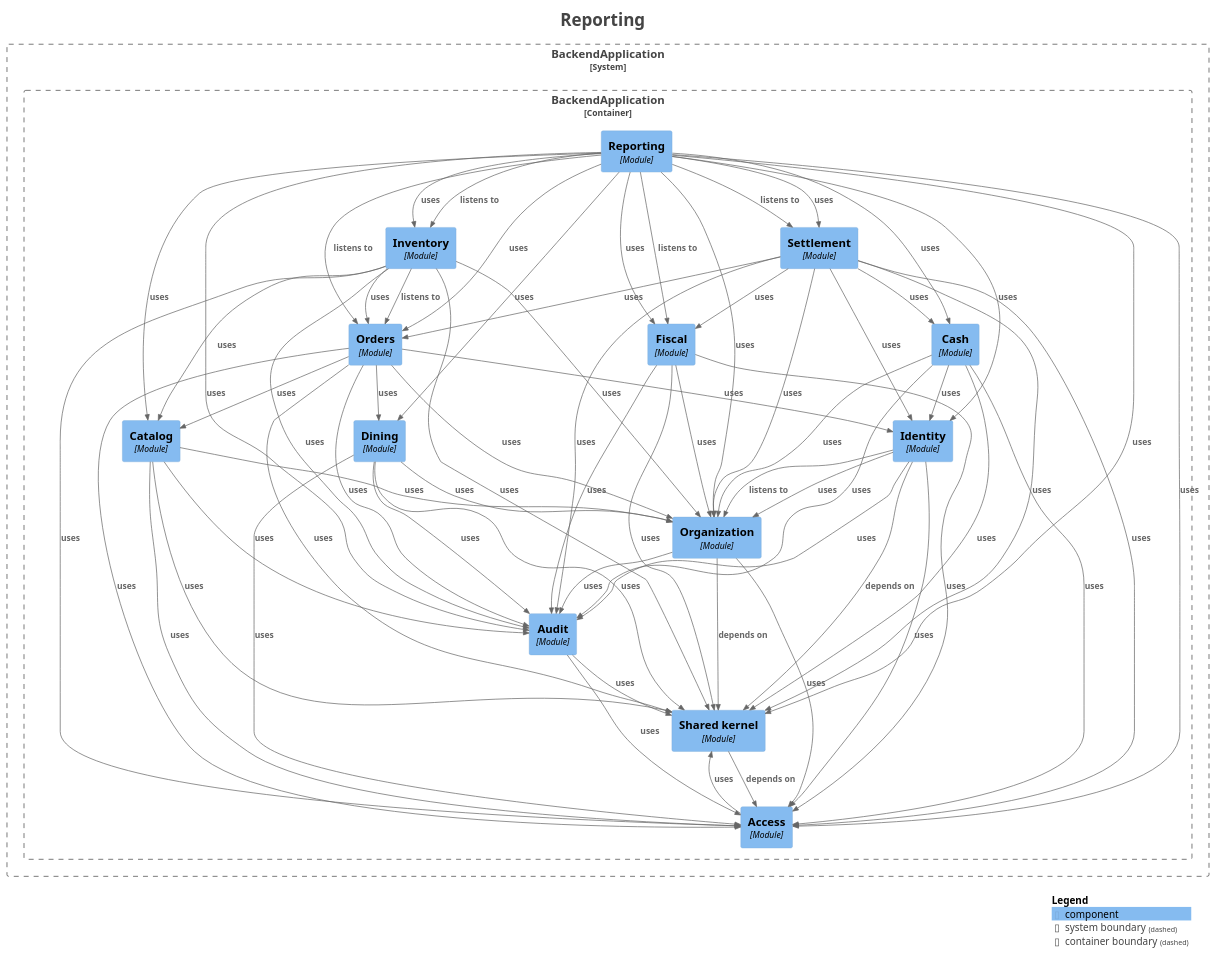
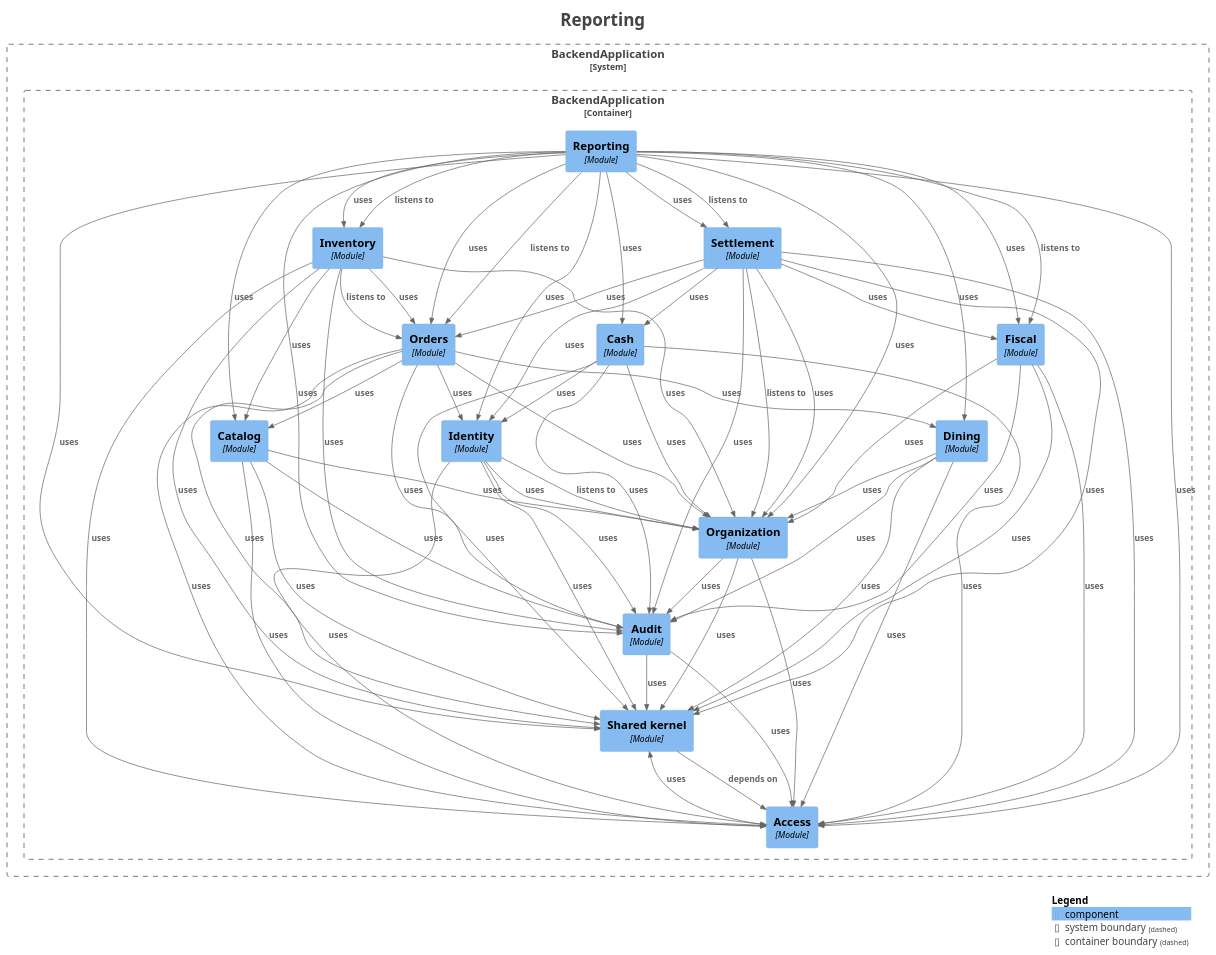
One commit to fxavier/restaurantePRO changed the diagram in docs/architecture/modules/module-reporting.puml. Above: the diagram before and after it, drawn with PlantUML. The commit also changed 34 other files, not shown here.

```diff
--- a/docs/architecture/modules/module-reporting.puml
+++ b/docs/architecture/modules/module-reporting.puml
@@ -34,15 +34,17 @@
 
 }
 
-Rel(BackendApplication.BackendApplication.Cash, BackendApplication.BackendApplication.Identity, "uses", $techn="", $tags="", $link="")
-Rel(BackendApplication.BackendApplication.Cash, BackendApplication.BackendApplication.Sharedkernel, "uses", $techn="", $tags="", $link="")
-Rel(BackendApplication.BackendApplication.Inventory, BackendApplication.BackendApplication.Orders, "listens to", $techn="", $tags="", $link="")
-Rel(BackendApplication.BackendApplication.Inventory, BackendApplication.BackendApplication.Organization, "uses", $techn="", $tags="", $link="")
-Rel(BackendApplication.BackendApplication.Inventory, BackendApplication.BackendApplication.Access, "uses", $techn="", $tags="", $link="")
-Rel(BackendApplication.BackendApplication.Inventory, BackendApplication.BackendApplication.Orders, "uses", $techn="", $tags="", $link="")
-Rel(BackendApplication.BackendApplication.Inventory, BackendApplication.BackendApplication.Audit, "uses", $techn="", $tags="", $link="")
-Rel(BackendApplication.BackendApplication.Inventory, BackendApplication.BackendApplication.Catalog, "uses", $techn="", $tags="", $link="")
-Rel(BackendApplication.BackendApplication.Inventory, BackendApplication.BackendApplication.Sharedkernel, "uses", $techn="", $tags="", $link="")
+Rel(BackendApplication.BackendApplication.Reporting, BackendApplication.BackendApplication.Fiscal, "uses", $techn="", $tags="", $link="")
+Rel(BackendApplication.BackendApplication.Reporting, BackendApplication.BackendApplication.Dining, "uses", $techn="", $tags="", $link="")
+Rel(BackendApplication.BackendApplication.Reporting, BackendApplication.BackendApplication.Settlement, "uses", $techn="", $tags="", $link="")
+Rel(BackendApplication.BackendApplication.Reporting, BackendApplication.BackendApplication.Audit, "uses", $techn="", $tags="", $link="")
+Rel(BackendApplication.BackendApplication.Audit, BackendApplication.BackendApplication.Access, "uses", $techn="", $tags="", $link="")
+Rel(BackendApplication.BackendApplication.Audit, BackendApplication.BackendApplication.Sharedkernel, "uses", $techn="", $tags="", $link="")
+Rel(BackendApplication.BackendApplication.Fiscal, BackendApplication.BackendApplication.Access, "uses", $techn="", $tags="", $link="")
+Rel(BackendApplication.BackendApplication.Fiscal, BackendApplication.BackendApplication.Organization, "uses", $techn="", $tags="", $link="")
+Rel(BackendApplication.BackendApplication.Fiscal, BackendApplication.BackendApplication.Sharedkernel, "uses", $techn="", $tags="", $link="")
+Rel(BackendApplication.BackendApplication.Fiscal, BackendApplication.BackendApplication.Audit, "uses", $techn="", $tags="", $link="")
+Rel(BackendApplication.BackendApplication.Settlement, BackendApplication.BackendApplication.Organization, "listens to", $techn="", $tags="", $link="")
 Rel(BackendApplication.BackendApplication.Settlement, BackendApplication.BackendApplication.Cash, "uses", $techn="", $tags="", $link="")
 Rel(BackendApplication.BackendApplication.Settlement, BackendApplication.BackendApplication.Access, "uses", $techn="", $tags="", $link="")
 Rel(BackendApplication.BackendApplication.Settlement, BackendApplication.BackendApplication.Organization, "uses", $techn="", $tags="", $link="")
@@ -51,19 +53,18 @@
 Rel(BackendApplication.BackendApplication.Settlement, BackendApplication.BackendApplication.Sharedkernel, "uses", $techn="", $tags="", $link="")
 Rel(BackendApplication.BackendApplication.Settlement, BackendApplication.BackendApplication.Audit, "uses", $techn="", $tags="", $link="")
 Rel(BackendApplication.BackendApplication.Settlement, BackendApplication.BackendApplication.Identity, "uses", $techn="", $tags="", $link="")
-Rel(BackendApplication.BackendApplication.Fiscal, BackendApplication.BackendApplication.Access, "uses", $techn="", $tags="", $link="")
-Rel(BackendApplication.BackendApplication.Fiscal, BackendApplication.BackendApplication.Organization, "uses", $techn="", $tags="", $link="")
-Rel(BackendApplication.BackendApplication.Fiscal, BackendApplication.BackendApplication.Sharedkernel, "uses", $techn="", $tags="", $link="")
-Rel(BackendApplication.BackendApplication.Fiscal, BackendApplication.BackendApplication.Audit, "uses", $techn="", $tags="", $link="")
-Rel(BackendApplication.BackendApplication.Dining, BackendApplication.BackendApplication.Access, "uses", $techn="", $tags="", $link="")
-Rel(BackendApplication.BackendApplication.Dining, BackendApplication.BackendApplication.Sharedkernel, "uses", $techn="", $tags="", $link="")
-Rel(BackendApplication.BackendApplication.Dining, BackendApplication.BackendApplication.Audit, "uses", $techn="", $tags="", $link="")
-Rel(BackendApplication.BackendApplication.Dining, BackendApplication.BackendApplication.Organization, "uses", $techn="", $tags="", $link="")
 Rel(BackendApplication.BackendApplication.Identity, BackendApplication.BackendApplication.Organization, "listens to", $techn="", $tags="", $link="")
-Rel(BackendApplication.BackendApplication.Identity, BackendApplication.BackendApplication.Sharedkernel, "depends on", $techn="", $tags="", $link="")
 Rel(BackendApplication.BackendApplication.Identity, BackendApplication.BackendApplication.Access, "uses", $techn="", $tags="", $link="")
+Rel(BackendApplication.BackendApplication.Identity, BackendApplication.BackendApplication.Organization, "uses", $techn="", $tags="", $link="")
 Rel(BackendApplication.BackendApplication.Identity, BackendApplication.BackendApplication.Audit, "uses", $techn="", $tags="", $link="")
-Rel(BackendApplication.BackendApplication.Identity, BackendApplication.BackendApplication.Organization, "uses", $techn="", $tags="", $link="")
+Rel(BackendApplication.BackendApplication.Identity, BackendApplication.BackendApplication.Sharedkernel, "uses", $techn="", $tags="", $link="")
+Rel(BackendApplication.BackendApplication.Inventory, BackendApplication.BackendApplication.Orders, "listens to", $techn="", $tags="", $link="")
+Rel(BackendApplication.BackendApplication.Inventory, BackendApplication.BackendApplication.Organization, "uses", $techn="", $tags="", $link="")
+Rel(BackendApplication.BackendApplication.Inventory, BackendApplication.BackendApplication.Access, "uses", $techn="", $tags="", $link="")
+Rel(BackendApplication.BackendApplication.Inventory, BackendApplication.BackendApplication.Orders, "uses", $techn="", $tags="", $link="")
+Rel(BackendApplication.BackendApplication.Inventory, BackendApplication.BackendApplication.Audit, "uses", $techn="", $tags="", $link="")
+Rel(BackendApplication.BackendApplication.Inventory, BackendApplication.BackendApplication.Catalog, "uses", $techn="", $tags="", $link="")
+Rel(BackendApplication.BackendApplication.Inventory, BackendApplication.BackendApplication.Sharedkernel, "uses", $techn="", $tags="", $link="")
 Rel(BackendApplication.BackendApplication.Orders, BackendApplication.BackendApplication.Access, "uses", $techn="", $tags="", $link="")
 Rel(BackendApplication.BackendApplication.Orders, BackendApplication.BackendApplication.Catalog, "uses", $techn="", $tags="", $link="")
 Rel(BackendApplication.BackendApplication.Orders, BackendApplication.BackendApplication.Identity, "uses", $techn="", $tags="", $link="")
@@ -71,19 +72,28 @@
 Rel(BackendApplication.BackendApplication.Orders, BackendApplication.BackendApplication.Audit, "uses", $techn="", $tags="", $link="")
 Rel(BackendApplication.BackendApplication.Orders, BackendApplication.BackendApplication.Dining, "uses", $techn="", $tags="", $link="")
 Rel(BackendApplication.BackendApplication.Orders, BackendApplication.BackendApplication.Organization, "uses", $techn="", $tags="", $link="")
+Rel(BackendApplication.BackendApplication.Cash, BackendApplication.BackendApplication.Access, "uses", $techn="", $tags="", $link="")
+Rel(BackendApplication.BackendApplication.Cash, BackendApplication.BackendApplication.Audit, "uses", $techn="", $tags="", $link="")
+Rel(BackendApplication.BackendApplication.Cash, BackendApplication.BackendApplication.Organization, "uses", $techn="", $tags="", $link="")
+Rel(BackendApplication.BackendApplication.Cash, BackendApplication.BackendApplication.Identity, "uses", $techn="", $tags="", $link="")
+Rel(BackendApplication.BackendApplication.Cash, BackendApplication.BackendApplication.Sharedkernel, "uses", $techn="", $tags="", $link="")
+Rel(BackendApplication.BackendApplication.Access, BackendApplication.BackendApplication.Sharedkernel, "uses", $techn="", $tags="", $link="")
+Rel(BackendApplication.BackendApplication.Dining, BackendApplication.BackendApplication.Access, "uses", $techn="", $tags="", $link="")
+Rel(BackendApplication.BackendApplication.Dining, BackendApplication.BackendApplication.Sharedkernel, "uses", $techn="", $tags="", $link="")
+Rel(BackendApplication.BackendApplication.Dining, BackendApplication.BackendApplication.Audit, "uses", $techn="", $tags="", $link="")
+Rel(BackendApplication.BackendApplication.Dining, BackendApplication.BackendApplication.Organization, "uses", $techn="", $tags="", $link="")
 Rel(BackendApplication.BackendApplication.Sharedkernel, BackendApplication.BackendApplication.Access, "depends on", $techn="", $tags="", $link="")
 Rel(BackendApplication.BackendApplication.Catalog, BackendApplication.BackendApplication.Access, "uses", $techn="", $tags="", $link="")
 Rel(BackendApplication.BackendApplication.Catalog, BackendApplication.BackendApplication.Sharedkernel, "uses", $techn="", $tags="", $link="")
 Rel(BackendApplication.BackendApplication.Catalog, BackendApplication.BackendApplication.Audit, "uses", $techn="", $tags="", $link="")
 Rel(BackendApplication.BackendApplication.Catalog, BackendApplication.BackendApplication.Organization, "uses", $techn="", $tags="", $link="")
-Rel(BackendApplication.BackendApplication.Organization, BackendApplication.BackendApplication.Sharedkernel, "depends on", $techn="", $tags="", $link="")
+Rel(BackendApplication.BackendApplication.Organization, BackendApplication.BackendApplication.Sharedkernel, "uses", $techn="", $tags="", $link="")
 Rel(BackendApplication.BackendApplication.Organization, BackendApplication.BackendApplication.Audit, "uses", $techn="", $tags="", $link="")
 Rel(BackendApplication.BackendApplication.Organization, BackendApplication.BackendApplication.Access, "uses", $techn="", $tags="", $link="")
-Rel(BackendApplication.BackendApplication.Access, BackendApplication.BackendApplication.Sharedkernel, "uses", $techn="", $tags="", $link="")
+Rel(BackendApplication.BackendApplication.Reporting, BackendApplication.BackendApplication.Orders, "listens to", $techn="", $tags="", $link="")
 Rel(BackendApplication.BackendApplication.Reporting, BackendApplication.BackendApplication.Inventory, "listens to", $techn="", $tags="", $link="")
-Rel(BackendApplication.BackendApplication.Reporting, BackendApplication.BackendApplication.Orders, "listens to", $techn="", $tags="", $link="")
+Rel(BackendApplication.BackendApplication.Reporting, BackendApplication.BackendApplication.Settlement, "listens to", $techn="", $tags="", $link="")
 Rel(BackendApplication.BackendApplication.Reporting, BackendApplication.BackendApplication.Fiscal, "listens to", $techn="", $tags="", $link="")
-Rel(BackendApplication.BackendApplication.Reporting, BackendApplication.BackendApplication.Settlement, "listens to", $techn="", $tags="", $link="")
 Rel(BackendApplication.BackendApplication.Reporting, BackendApplication.BackendApplication.Access, "uses", $techn="", $tags="", $link="")
 Rel(BackendApplication.BackendApplication.Reporting, BackendApplication.BackendApplication.Inventory, "uses", $techn="", $tags="", $link="")
 Rel(BackendApplication.BackendApplication.Reporting, BackendApplication.BackendApplication.Orders, "uses", $techn="", $tags="", $link="")
@@ -92,15 +102,6 @@
 Rel(BackendApplication.BackendApplication.Reporting, BackendApplication.BackendApplication.Identity, "uses", $techn="", $tags="", $link="")
 Rel(BackendApplication.BackendApplication.Reporting, BackendApplication.BackendApplication.Organization, "uses", $techn="", $tags="", $link="")
 Rel(BackendApplication.BackendApplication.Reporting, BackendApplication.BackendApplication.Catalog, "uses", $techn="", $tags="", $link="")
-Rel(BackendApplication.BackendApplication.Reporting, BackendApplication.BackendApplication.Fiscal, "uses", $techn="", $tags="", $link="")
-Rel(BackendApplication.BackendApplication.Reporting, BackendApplication.BackendApplication.Dining, "uses", $techn="", $tags="", $link="")
-Rel(BackendApplication.BackendApplication.Reporting, BackendApplication.BackendApplication.Settlement, "uses", $techn="", $tags="", $link="")
-Rel(BackendApplication.BackendApplication.Reporting, BackendApplication.BackendApplication.Audit, "uses", $techn="", $tags="", $link="")
-Rel(BackendApplication.BackendApplication.Audit, BackendApplication.BackendApplication.Access, "uses", $techn="", $tags="", $link="")
-Rel(BackendApplication.BackendApplication.Audit, BackendApplication.BackendApplication.Sharedkernel, "uses", $techn="", $tags="", $link="")
-Rel(BackendApplication.BackendApplication.Cash, BackendApplication.BackendApplication.Access, "uses", $techn="", $tags="", $link="")
-Rel(BackendApplication.BackendApplication.Cash, BackendApplication.BackendApplication.Audit, "uses", $techn="", $tags="", $link="")
-Rel(BackendApplication.BackendApplication.Cash, BackendApplication.BackendApplication.Organization, "uses", $techn="", $tags="", $link="")
 
 SHOW_LEGEND(true)
 hide stereotypes
```
